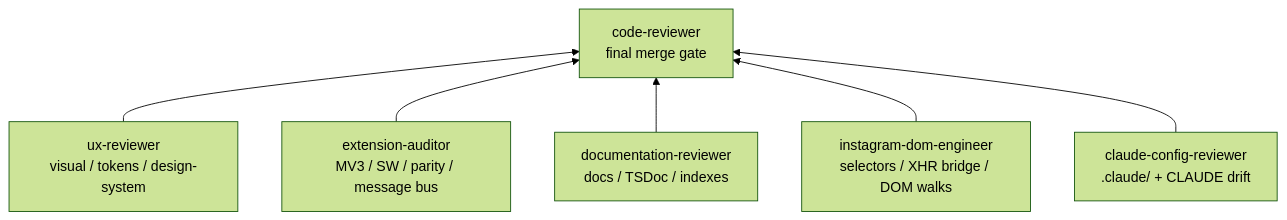
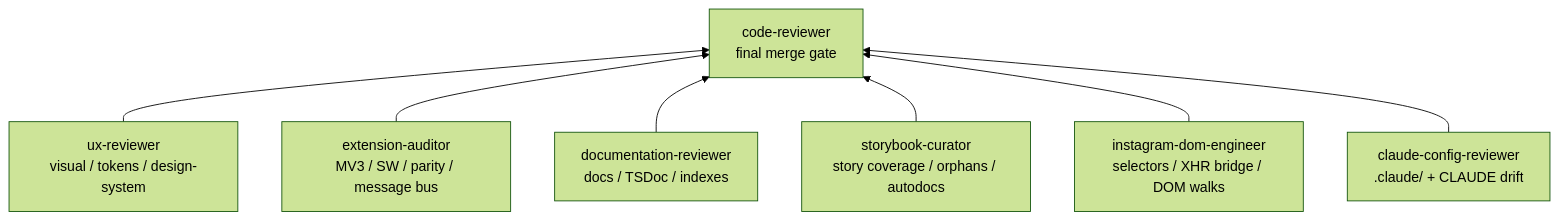
The diagram in .claude/agents/README.md (evolsiri/igdl), drawn with Mermaid (forest theme) before and after one commit. The commit also changed other lines of this file and 10 other files, not shown here.

````diff
--- a/.claude/agents/README.md
+++ b/.claude/agents/README.md
@@ -98,15 +103,17 @@
 ```mermaid
 flowchart BT
     ux["ux-reviewer<br/>visual / tokens / design-system"]
     ext["extension-auditor<br/>MV3 / SW / parity / message bus"]
     docs["documentation-reviewer<br/>docs / TSDoc / indexes"]
+    sb["storybook-curator<br/>story coverage / orphans / autodocs"]
     dom["instagram-dom-engineer<br/>selectors / XHR bridge / DOM walks"]
     cfg["claude-config-reviewer<br/>.claude/ + CLAUDE drift"]
     cr["code-reviewer<br/>final merge gate"]
 
     ux --> cr
     ext --> cr
     docs --> cr
+    sb --> cr
     dom --> cr
     cfg --> cr
 ```
````
